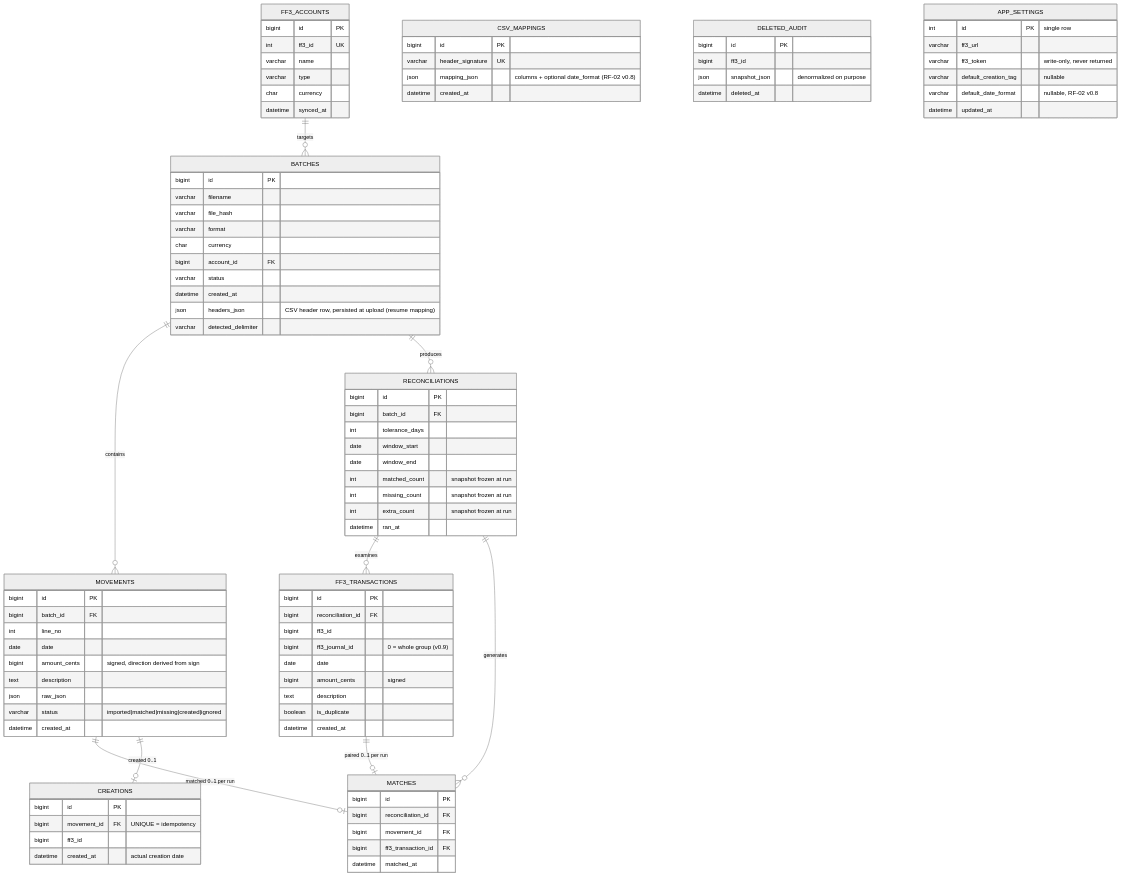
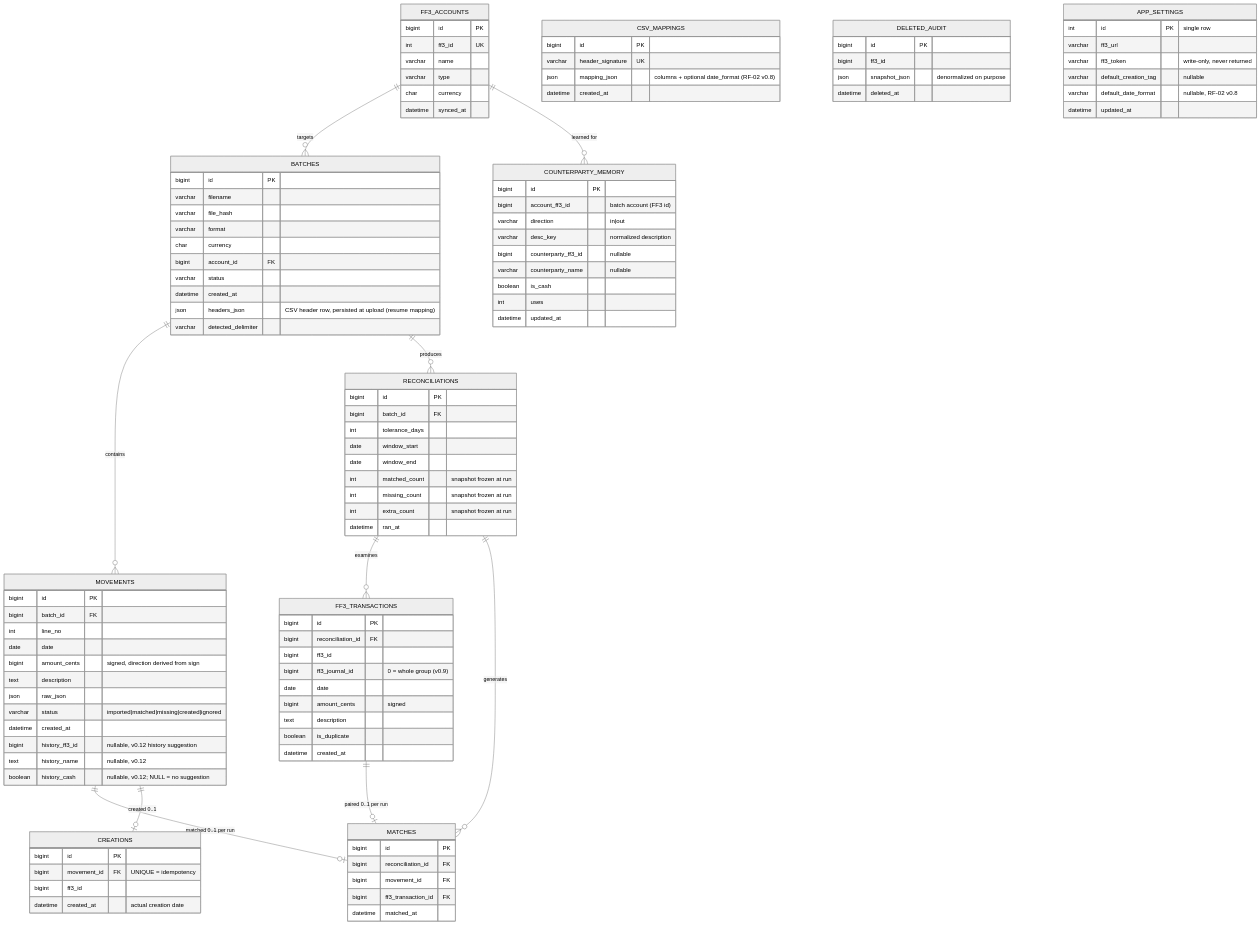
The second of 2 diagrams in docs/specs/2026-08-14-trd-architecture-technique.md (eldelahoz/firefly-manager-movement), drawn with Mermaid (neutral theme) before and after one commit. The commit also changed other lines of this file and 1 other file, not shown here.

First line of the commit message:
docs(specs): amend RF-08 v0.11 and TRD v0.12 for counterparty suggestions

```diff
--- a/docs/specs/2026-08-14-trd-architecture-technique.md
+++ b/docs/specs/2026-08-14-trd-architecture-technique.md
@@ -48,6 +50,7 @@
     MOVEMENTS ||--o| MATCHES : "matched 0..1 per run"
     FF3_TRANSACTIONS ||--o| MATCHES : "paired 0..1 per run"
     MOVEMENTS ||--o| CREATIONS : "created 0..1"
+    FF3_ACCOUNTS ||--o{ COUNTERPARTY_MEMORY : "learned for"
 
     FF3_ACCOUNTS {
         bigint id PK
@@ -79,6 +82,9 @@
         json raw_json
         varchar status "imported|matched|missing|created|ignored"
         datetime created_at
+        bigint history_ff3_id "nullable, v0.12 history suggestion"
+        text history_name "nullable, v0.12"
+        boolean history_cash "nullable, v0.12; NULL = no suggestion"
     }
     RECONCILIATIONS {
         bigint id PK
@@ -115,6 +121,17 @@
         bigint ff3_id
         datetime created_at "actual creation date"
     }
+    COUNTERPARTY_MEMORY {
+        bigint id PK
+        bigint account_ff3_id "batch account (FF3 id)"
+        varchar direction "in|out"
+        varchar desc_key "normalized description"
+        bigint counterparty_ff3_id "nullable"
+        varchar counterparty_name "nullable"
+        boolean is_cash
+        int uses
+        datetime updated_at
+    }
     CSV_MAPPINGS {
         bigint id PK
         varchar header_signature UK
```
